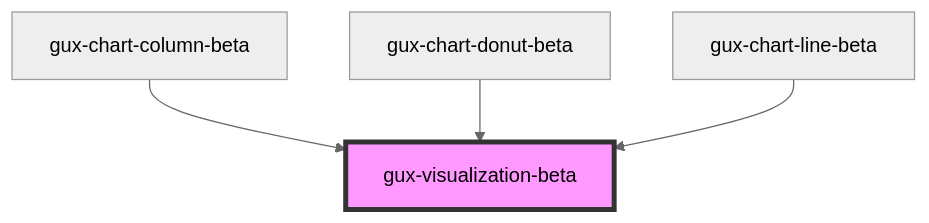
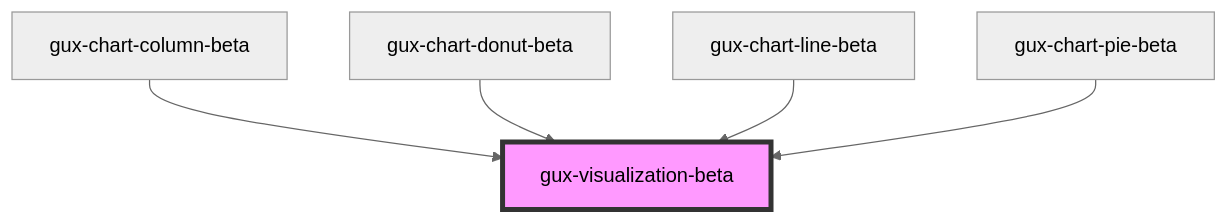
Before and after one commit to MyPureCloud/genesys-spark: the diagram in src/components/beta/gux-visualization/readme.md, drawn with Mermaid (neutral theme). The commit also changed other lines of this file and 9 other files, not shown here.

Commit message:
feat(chart-donut): extract chart-pie out of chart-donut

````diff
--- a/src/components/beta/gux-visualization/readme.md
+++ b/src/components/beta/gux-visualization/readme.md
@@ -33,7 +34,8 @@
 ```mermaid
 graph TD;
   gux-chart-column-beta --> gux-visualization-beta
   gux-chart-donut-beta --> gux-visualization-beta
   gux-chart-line-beta --> gux-visualization-beta
+  gux-chart-pie-beta --> gux-visualization-beta
   style gux-visualization-beta fill:#f9f,stroke:#333,stroke-width:4px
 ```
````
